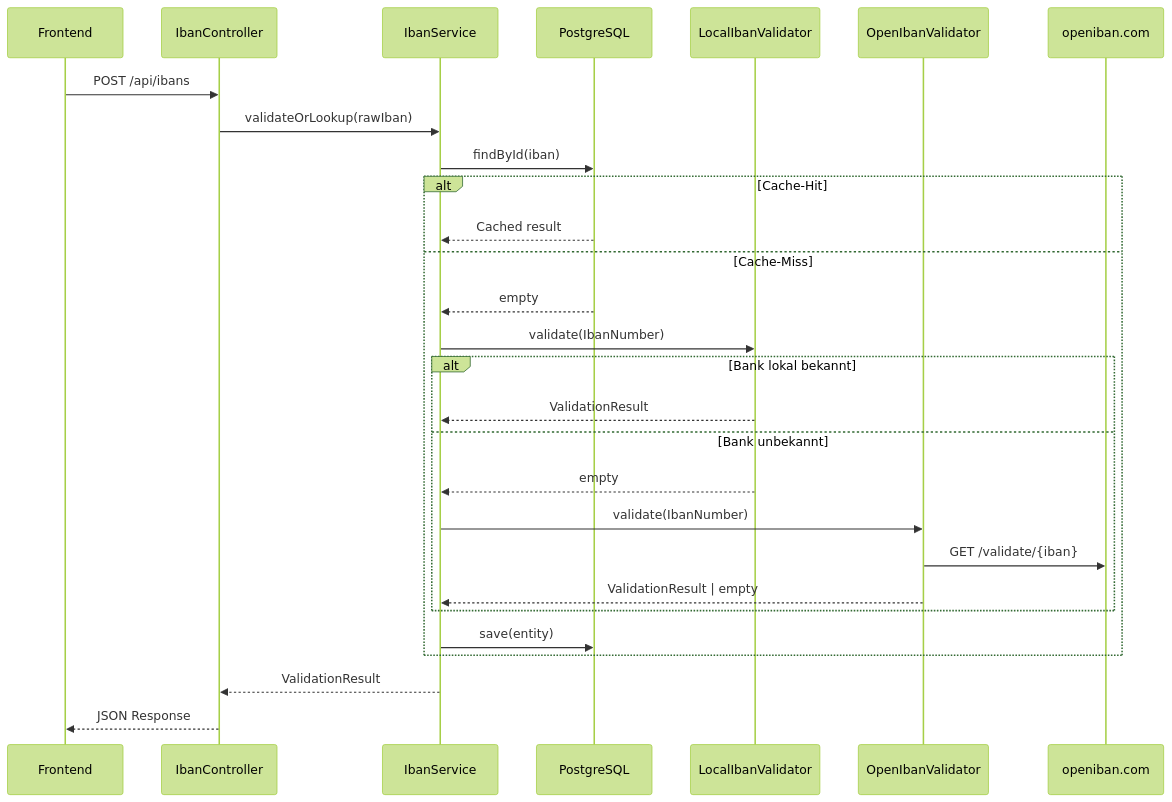
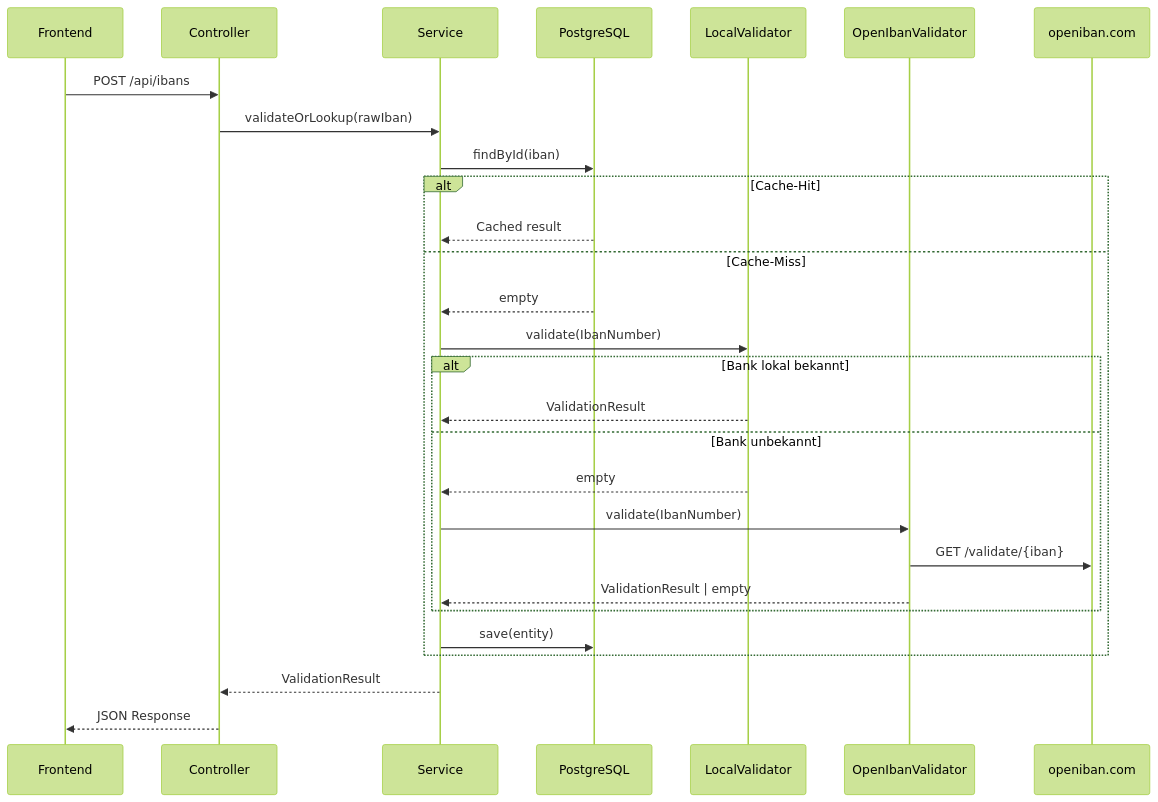
One commit to nicograef/lexiban changed the fourth of 6 diagrams in docs/presentation.md. Above: the diagram before and after it, drawn with Mermaid (forest theme). The commit also changed other lines of this file, not shown here.

````diff
--- a/docs/presentation.md
+++ b/docs/presentation.md
@@ -222,33 +164,33 @@
 ```mermaid
 sequenceDiagram
     participant FE as Frontend
-    participant Ctrl as IbanController
-    participant Svc as IbanService
+    participant Ctrl as Controller
+    participant Svc as Service
     participant DB as PostgreSQL
-    participant LV as LocalIbanValidator
+    participant LV as LocalValidator
     participant OV as OpenIbanValidator
     participant API as openiban.com
 
     FE->>Ctrl: POST /api/ibans
     Ctrl->>Svc: validateOrLookup(rawIban)
     Svc->>DB: findById(iban)
 
     alt Cache-Hit
         DB-->>Svc: Cached result
     else Cache-Miss
         DB-->>Svc: empty
         Svc->>LV: validate(IbanNumber)
         alt Bank lokal bekannt
             LV-->>Svc: ValidationResult
         else Bank unbekannt
             LV-->>Svc: empty
             Svc->>OV: validate(IbanNumber)
             OV->>API: GET /validate/{iban}
             OV-->>Svc: ValidationResult | empty
         end
         Svc->>DB: save(entity)
     end
 
     Svc-->>Ctrl: ValidationResult
     Ctrl-->>FE: JSON Response
 ```
````
